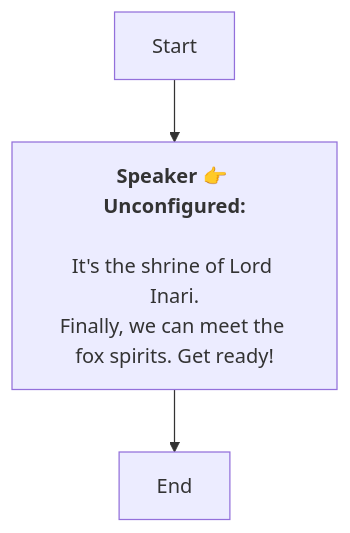
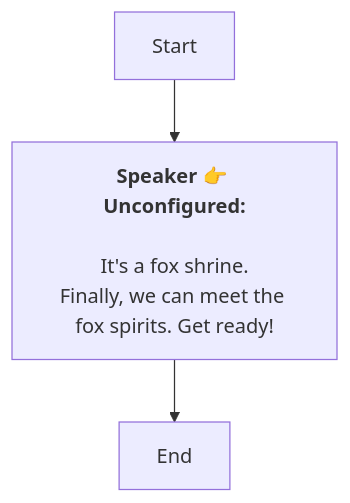
One commit to SoftHu/tos_avg changed the diagram in En/QuestApproachDialogNode_1742098865445117.md. Above: the diagram before and after it, drawn with Mermaid. The commit also changed 312 other files, not shown here.

````diff
--- a/En/QuestApproachDialogNode_1742098865445117.md
+++ b/En/QuestApproachDialogNode_1742098865445117.md
@@ -1,9 +1,9 @@
 ```mermaid
 graph
 Start -->1742098905540864[<b>Speaker 👉 Unconfigured:</b>
 
-It's the shrine of Lord Inari.
+It's a fox shrine.
 Finally, we can meet the fox spirits. Get ready!]
 1742098905540864 -->1742098910049537[End]
 
  ```
````
